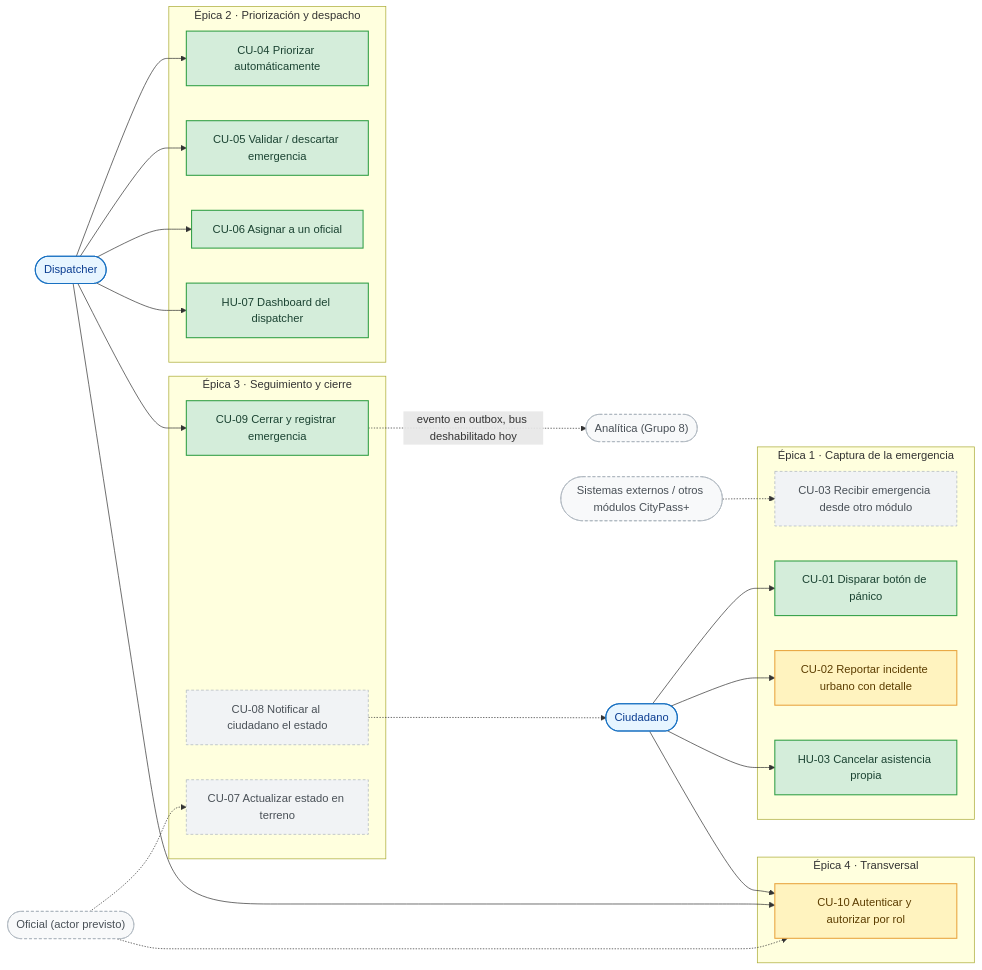
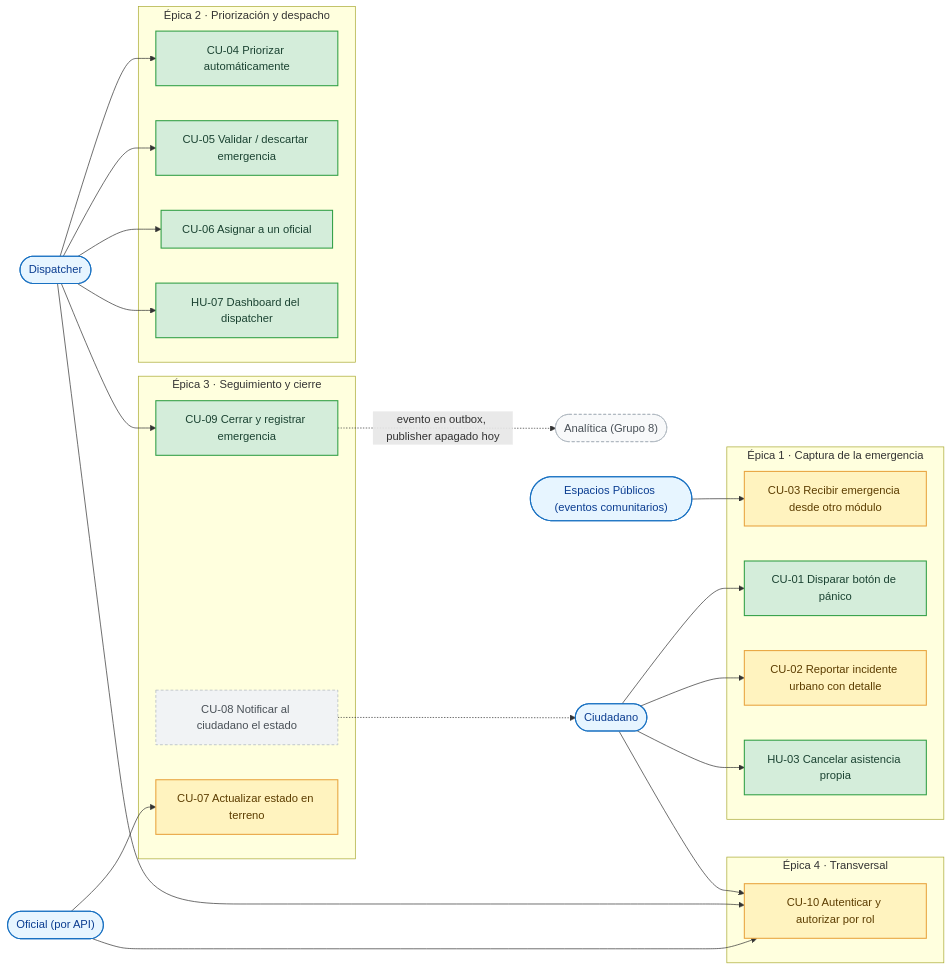
Before and after one commit to G6D2/emergencias-backend: the diagram in docs/diagramas/01-casos-de-uso.md, drawn with Mermaid. The commit also changed other lines of this file and 13 other files, not shown here.

First line of the commit message:
docs: README y diagramas alineados con main

````diff
--- a/docs/diagramas/01-casos-de-uso.md
+++ b/docs/diagramas/01-casos-de-uso.md
@@ -12,58 +12,58 @@
 ```mermaid
 flowchart LR
     ciudadano(["Ciudadano"]):::actor
     dispatcher(["Dispatcher"]):::actor
-    oficial(["Oficial (actor previsto)"]):::actorPlanned
-    externos(["Sistemas externos / otros módulos CityPass+"]):::actorPlanned
+    oficial(["Oficial (por API)"]):::actor
+    externos(["Espacios Públicos (eventos comunitarios)"]):::actor
     analitica(["Analítica (Grupo 8)"]):::actorPlanned
 
     subgraph epica1["Épica 1 · Captura de la emergencia"]
         cu01["CU-01 Disparar botón de pánico"]:::done
         cu02["CU-02 Reportar incidente urbano con detalle"]:::partial
-        cu03["CU-03 Recibir emergencia desde otro módulo"]:::planned
+        cu03["CU-03 Recibir emergencia desde otro módulo"]:::partial
         hu03["HU-03 Cancelar asistencia propia"]:::done
     end
 
     subgraph epica2["Épica 2 · Priorización y despacho"]
         cu04["CU-04 Priorizar automáticamente"]:::done
         cu05["CU-05 Validar / descartar emergencia"]:::done
         cu06["CU-06 Asignar a un oficial"]:::done
         hu07["HU-07 Dashboard del dispatcher"]:::done
     end
 
     subgraph epica3["Épica 3 · Seguimiento y cierre"]
-        cu07["CU-07 Actualizar estado en terreno"]:::planned
+        cu07["CU-07 Actualizar estado en terreno"]:::partial
         cu08["CU-08 Notificar al ciudadano el estado"]:::planned
         cu09["CU-09 Cerrar y registrar emergencia"]:::done
     end
 
     subgraph epica4["Épica 4 · Transversal"]
         cu10["CU-10 Autenticar y autorizar por rol"]:::partial
     end
 
     ciudadano --> cu01
     ciudadano --> cu02
     ciudadano --> hu03
-    externos -.-> cu03
+    externos --> cu03
 
     dispatcher --> cu04
     dispatcher --> cu05
     dispatcher --> cu06
     dispatcher --> hu07
 
-    oficial -.-> cu07
+    oficial --> cu07
     cu08 -.-> ciudadano
     dispatcher --> cu09
 
     ciudadano --> cu10
     dispatcher --> cu10
-    oficial -.-> cu10
+    oficial --> cu10
 
-    cu09 -.->|"evento en outbox, bus deshabilitado hoy"| analitica
+    cu09 -.->|"evento en outbox, publisher apagado hoy"| analitica
 
     classDef done fill:#d4edda,stroke:#2f9e44,color:#1b4332,stroke-width:1.5px;
     classDef partial fill:#fff3bf,stroke:#e8a33d,color:#5c3d00,stroke-width:1.5px;
     classDef planned fill:#f1f3f5,stroke:#adb5bd,color:#495057,stroke-width:1px,stroke-dasharray: 4 3;
     classDef actor fill:#e7f5ff,stroke:#1971c2,color:#0b3d91,stroke-width:1.5px;
     classDef actorPlanned fill:#f8f9fa,stroke:#adb5bd,color:#495057,stroke-width:1px,stroke-dasharray: 4 3;
 ```
````
